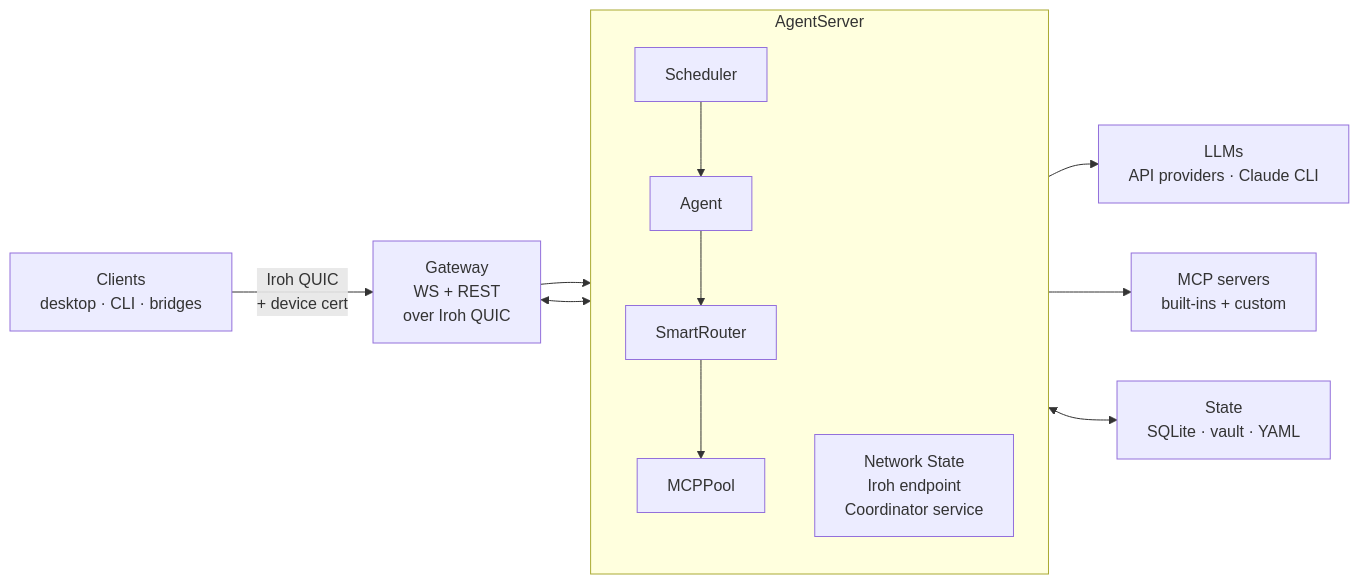
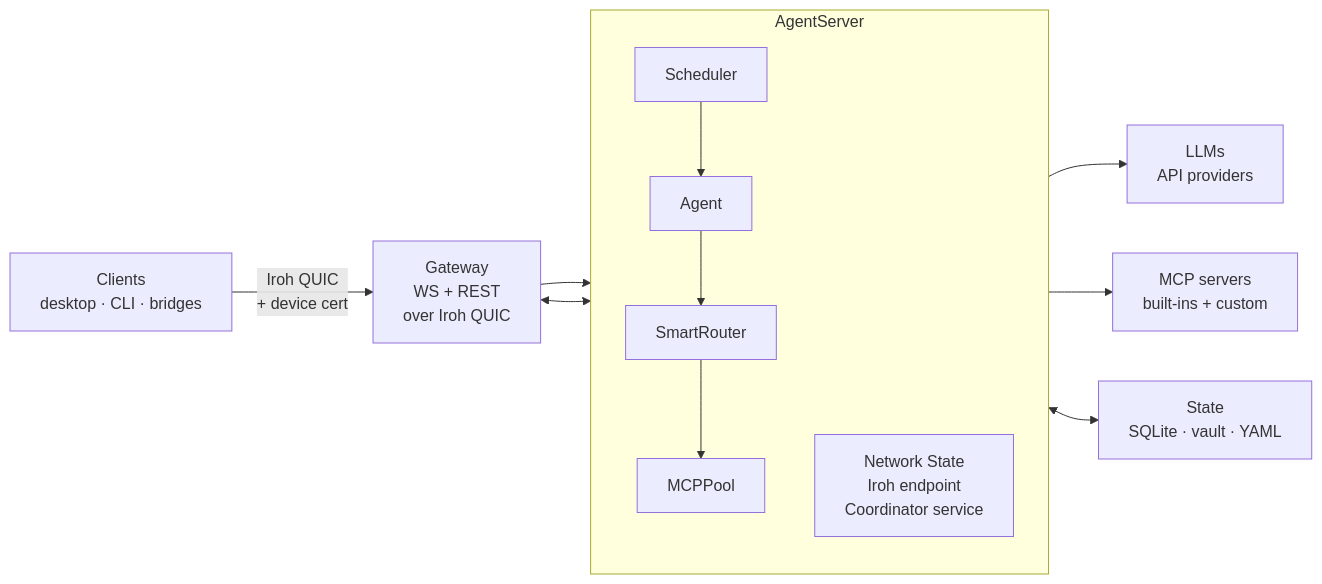
Before and after one commit to openagent-uno/openagent-docs: the first of 9 diagrams in guide/architecture.md, drawn with Mermaid. The commit also changed other lines of this file and 4 other files, not shown here.

First line of the commit message:
Drop claude-cli/codex from the docs

````diff
--- a/guide/architecture.md
+++ b/guide/architecture.md
@@ -20,26 +20,26 @@
 ```mermaid
 flowchart LR
     Clients["Clients<br/>desktop · CLI · bridges"]
     GW["Gateway<br/>WS + REST<br/>over Iroh QUIC"]
 
     subgraph Core["AgentServer"]
         direction TB
         Agent["Agent"]
         Router["SmartRouter"]
         Pool["MCPPool"]
         Sched["Scheduler"]
         Net["Network State<br/>Iroh endpoint<br/>Coordinator service"]
     end
 
-    LLMs["LLMs<br/>API providers · Claude CLI"]
+    LLMs["LLMs<br/>API providers"]
     MCPs["MCP servers<br/>built-ins + custom"]
     State["State<br/>SQLite · vault · YAML"]
 
     Clients -->|"Iroh QUIC<br/>+ device cert"| GW --> Agent
     Sched --> Agent
     Agent --> Router --> Pool
     Router --> LLMs
     Pool --> MCPs
     Agent <--> State
     GW <--> Net
 ```
````
